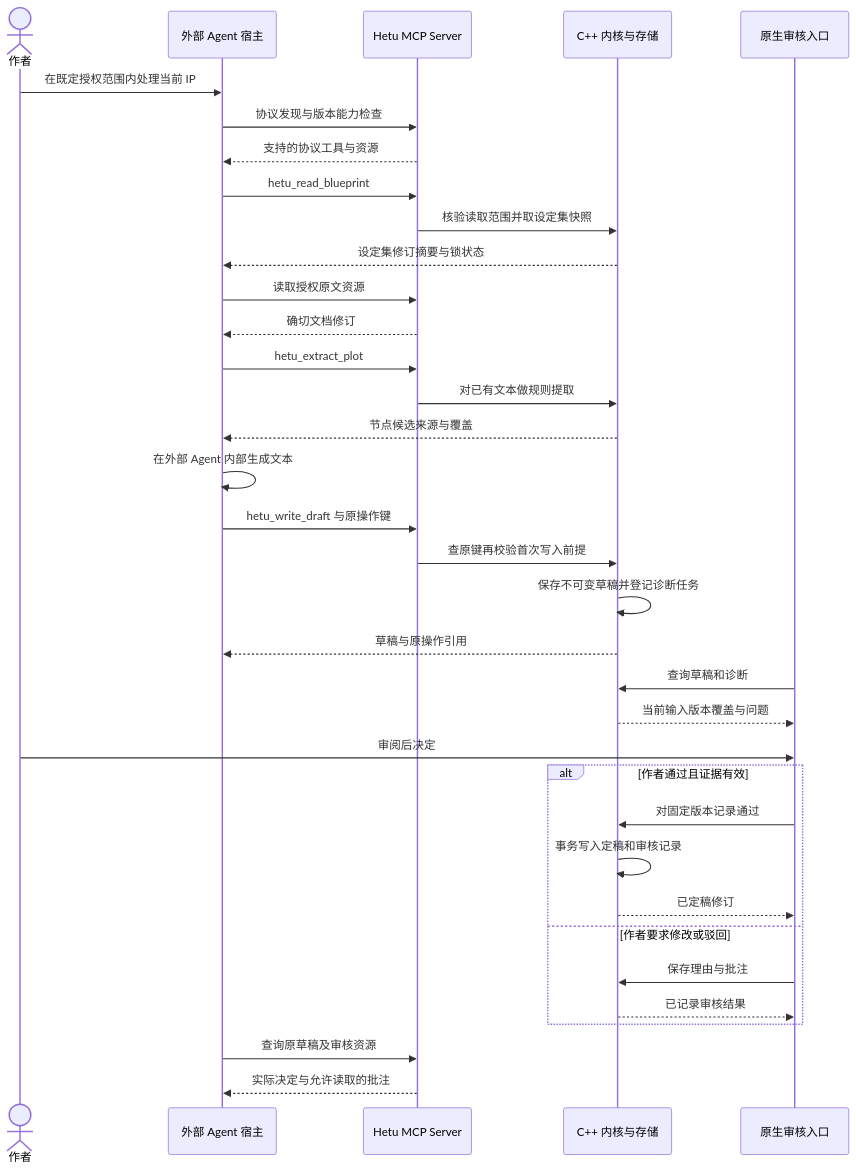
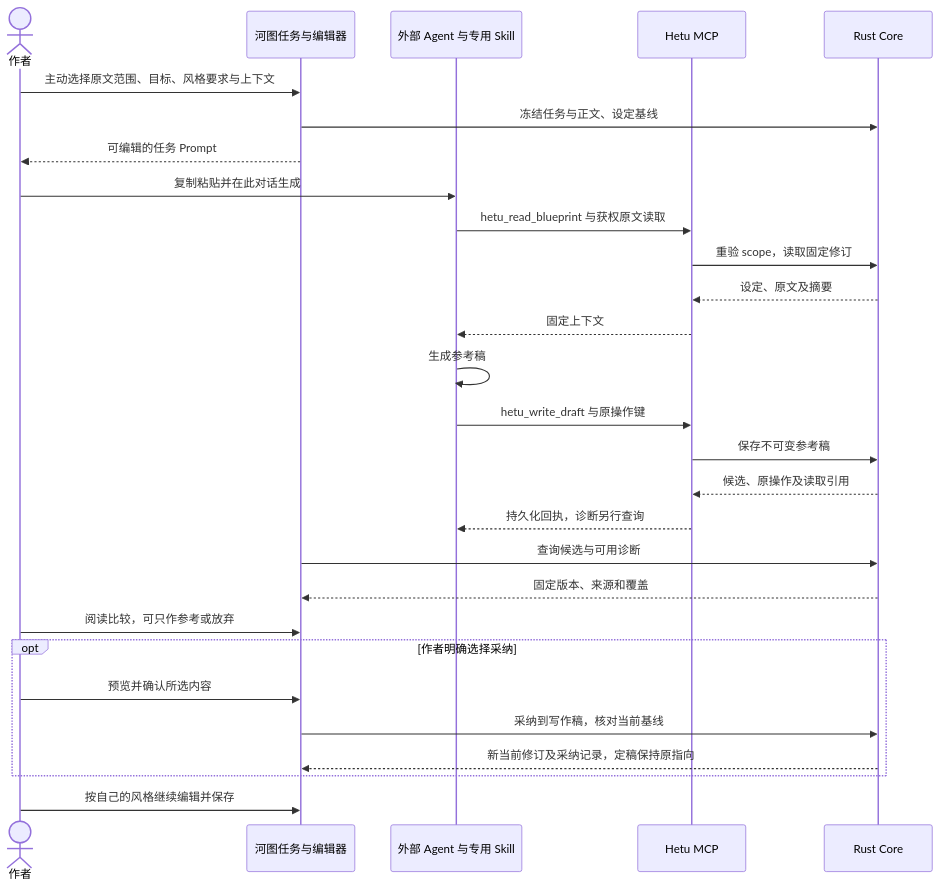
Before and after one commit to limecloud/hetu: the seventh of 33 diagrams in docs/23-业务流程与MCP时序.md, drawn with Mermaid. The commit also changed other lines of this file and 252 other files, not shown here.

````diff
--- a/docs/23-业务流程与MCP时序.md
+++ b/docs/23-业务流程与MCP时序.md
@@ -72,37 +179,30 @@
 ```mermaid
 sequenceDiagram
     actor author as 作者
-    participant host as 外部 Agent 宿主
-    participant server as Hetu MCP Server
-    participant core as C++ 内核与存储
-    participant desktop as 原生审核入口
-    author->>host: 在既定授权范围内处理当前 IP
-    host->>server: 协议发现与版本能力检查
-    server-->>host: 支持的协议工具与资源
-    host->>server: hetu_read_blueprint
-    server->>core: 核验读取范围并取设定集快照
-    core-->>host: 设定集修订摘要与锁状态
-    host->>server: 读取授权原文资源
-    server-->>host: 确切文档修订
-    host->>server: hetu_extract_plot
-    server->>core: 对已有文本做规则提取
-    core-->>host: 节点候选来源与覆盖
-    host->>host: 在外部 Agent 内部生成文本
+    participant desktop as 河图任务与编辑器
+    participant host as 外部 Agent 与专用 Skill
+    participant server as Hetu MCP
+    participant core as Rust Core
+    author->>desktop: 主动选择原文范围、目标、风格要求与上下文
+    desktop->>core: 冻结任务与正文、设定基线
+    desktop-->>author: 可编辑的任务 Prompt
+    author->>host: 复制粘贴并在此对话生成
+    host->>server: hetu_read_blueprint 与获权原文读取
+    server->>core: 重验 scope，读取固定修订
+    core-->>server: 设定、原文及摘要
+    server-->>host: 固定上下文
+    host->>host: 生成参考稿
     host->>server: hetu_write_draft 与原操作键
-    server->>core: 查原键再校验首次写入前提
-    core->>core: 保存不可变草稿并登记诊断任务
-    core-->>host: 草稿与原操作引用
-    desktop->>core: 查询草稿和诊断
-    core-->>desktop: 当前输入版本覆盖与问题
-    author->>desktop: 审阅后决定
-    alt 作者通过且证据有效
-        desktop->>core: 对固定版本记录通过
-        core->>core: 事务写入定稿和审核记录
-        core-->>desktop: 已定稿修订
-    else 作者要求修改或驳回
-        desktop->>core: 保存理由与批注
-        core-->>desktop: 已记录审核结果
+    server->>core: 保存不可变参考稿
+    core-->>server: 候选、原操作及读取引用
+    server-->>host: 持久化回执，诊断另行查询
+    desktop->>core: 查询候选与可用诊断
+    core-->>desktop: 固定版本、来源和覆盖
+    author->>desktop: 阅读比较，可只作参考或放弃
+    opt 作者明确选择采纳
+        author->>desktop: 预览并确认所选内容
+        desktop->>core: 采纳到写作稿，核对当前基线
+        core-->>desktop: 新当前修订及采纳记录，定稿保持原指向
     end
-    host->>server: 查询原草稿及审核资源
-    server-->>host: 实际决定与允许读取的批注
+    author->>desktop: 按自己的风格继续编辑并保存
 ```
````
